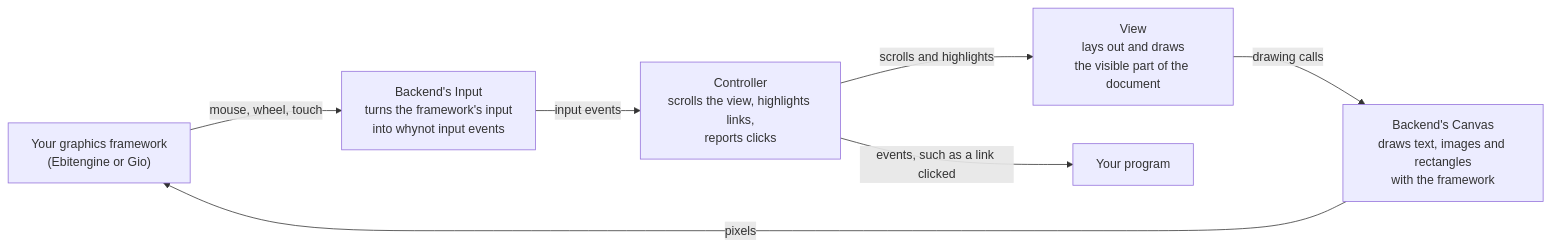
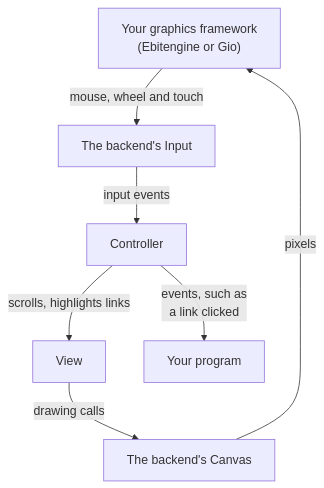
One commit to arnodel/whynot changed the diagram in README.md. Above: the diagram before and after it, drawn with Mermaid.

Commit message:
docs: README diagram runs top to bottom, with short labels

````diff
--- a/README.md
+++ b/README.md
@@ -269,15 +269,15 @@
 ```mermaid
-flowchart LR
+flowchart TB
     fw["Your graphics framework<br/>(Ebitengine or Gio)"]
-    input["Backend's Input<br/>turns the framework's input<br/>into whynot input events"]
-    ctrl["Controller<br/>scrolls the view, highlights links,<br/>reports clicks"]
-    view["View<br/>lays out and draws<br/>the visible part of the document"]
-    canvas["Backend's Canvas<br/>draws text, images and rectangles<br/>with the framework"]
+    input["The backend's Input"]
+    ctrl["Controller"]
+    view["View"]
+    canvas["The backend's Canvas"]
     app["Your program"]
-    fw -- "mouse, wheel, touch" --> input
+    fw -- "mouse, wheel and touch" --> input
     input -- "input events" --> ctrl
-    ctrl -- "scrolls and highlights" --> view
-    ctrl -- "events, such as a link clicked" --> app
+    ctrl -- "events, such as<br/>a link clicked" --> app
+    ctrl -- "scrolls, highlights links" --> view
     view -- "drawing calls" --> canvas
     canvas -- "pixels" --> fw
 ```
````
